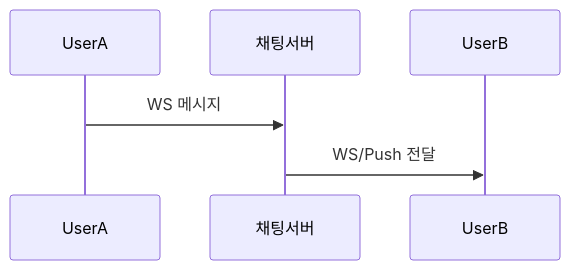
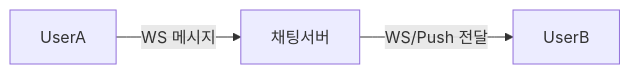
One commit to yjkim2015/yjkim2015.github.io changed the third of 9 diagrams in _posts/systemdesign/2026-05-02-system-design-chat.md. Above: the diagram before and after it, drawn with Mermaid. The commit also changed other lines of this file and 32 other files, not shown here.

First line of the commit message:
sequenceDiagram 82개 → graph LR 변환 완료

````diff
--- a/_posts/systemdesign/2026-05-02-system-design-chat.md
+++ b/_posts/systemdesign/2026-05-02-system-design-chat.md
@@ -390,8 +388,5 @@
 ```mermaid
-sequenceDiagram
-    participant A as UserA
-    participant S as 채팅서버
-    participant B as UserB
-    A->>S: WS 메시지
-    S->>B: WS/Push 전달
+graph LR
+    A["UserA"] -->|"WS 메시지"| S["채팅서버"]
+    S -->|"WS/Push 전달"| B["UserB"]
 ```
````
